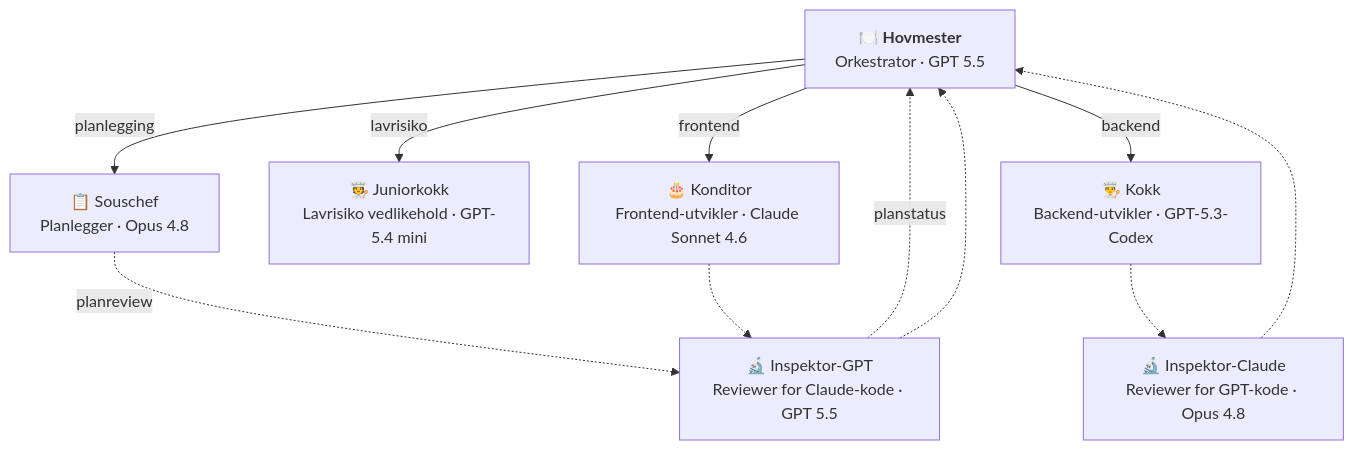
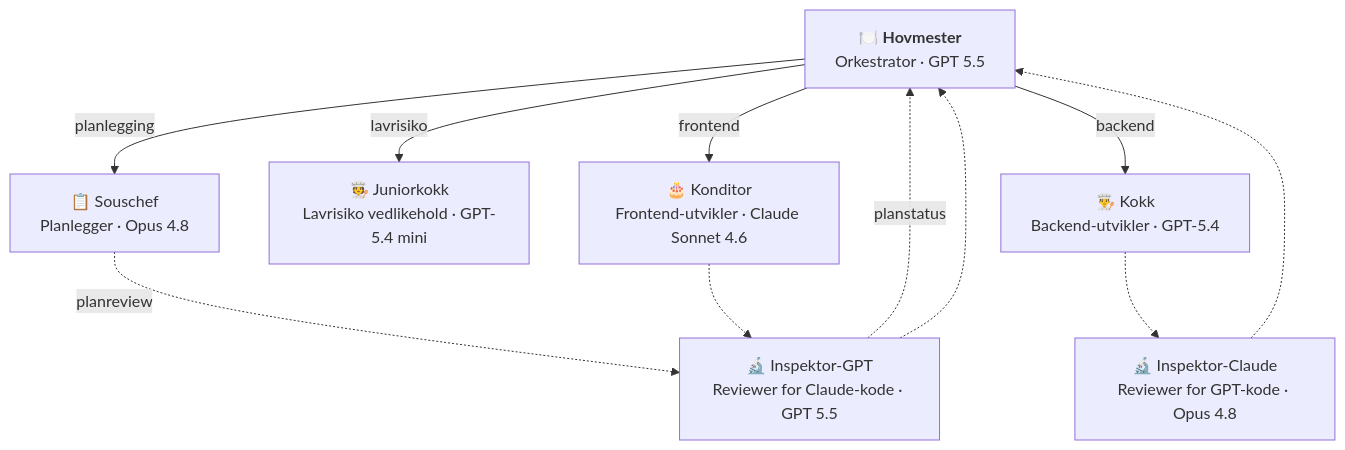
Before and after one commit to navikt/hovmester: the diagram in README.md, drawn with Mermaid. The commit also changed other lines of this file and 9 other files, not shown here.

Commit message:
fix(agents): keep kokk on gpt-5.4

````diff
--- a/README.md
+++ b/README.md
@@ -38,19 +38,19 @@
 ```mermaid
 graph TD
     U["🍽️ <b>Hovmester</b><br/>Orkestrator · GPT 5.5"]
     S["📋 Souschef<br/>Planlegger · Opus 4.8"]
     J["🧑‍🍳 Juniorkokk<br/>Lavrisiko vedlikehold · GPT-5.4 mini"]
-    K["👨‍🍳 Kokk<br/>Backend-utvikler · GPT-5.3-Codex"]
+    K["👨‍🍳 Kokk<br/>Backend-utvikler · GPT-5.4"]
     KO["🎂 Konditor<br/>Frontend-utvikler · Claude Sonnet 4.6"]
     IC["🔬 Inspektor-Claude<br/>Reviewer for GPT-kode · Opus 4.8"]
     IG["🔬 Inspektor-GPT<br/>Reviewer for Claude-kode · GPT 5.5"]
 
     U -- planlegging --> S
     S -. planreview .-> IG
     IG -. planstatus .-> U
     U -- lavrisiko --> J
     U -- backend --> K
     U -- frontend --> KO
     K -.-> IC -.-> U
     KO -.-> IG -.-> U
 ```
````
